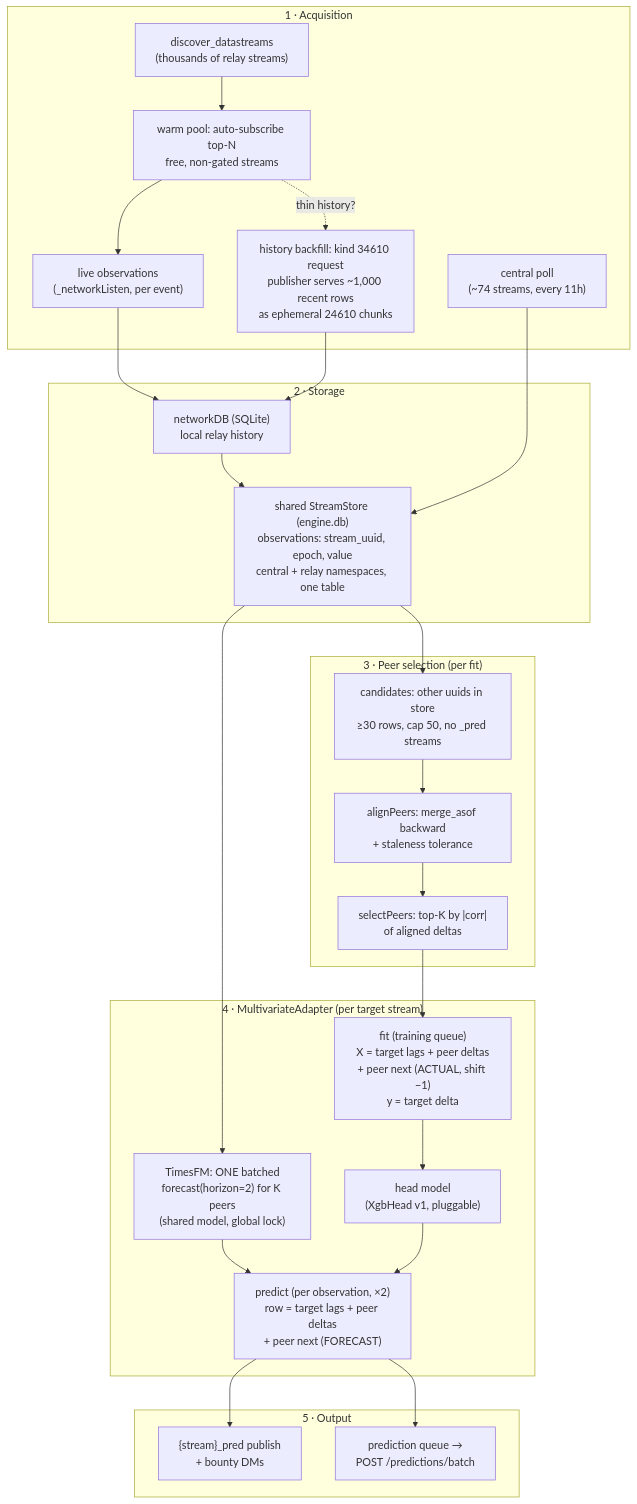
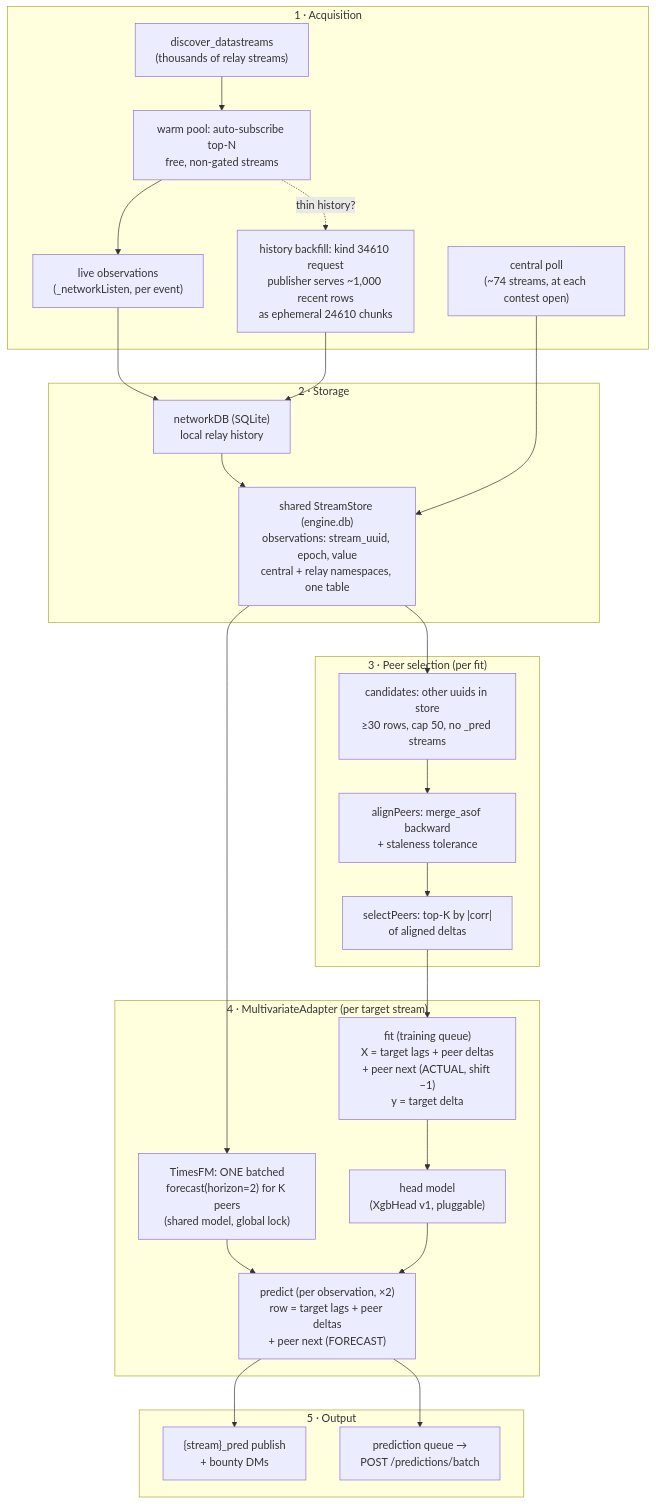
One commit to SatoriNetwork/satori-lite changed the diagram in docs/engine/MULTIVARIATE.md. Above: the diagram before and after it, drawn with Mermaid. The commit also changed other lines of this file and 5 other files, not shown here.

First line of the commit message:
poll and predict at each contest open, not every 11 hours: Central's contests count a prediction only if Central receives it within an hour of its open (the owner's 2026-11-27 design)

````diff
--- a/docs/engine/MULTIVARIATE.md
+++ b/docs/engine/MULTIVARIATE.md
@@ -249,46 +249,46 @@
 ```mermaid
 flowchart TB
     subgraph ACQ["1 · Acquisition"]
         DISC["discover_datastreams<br/>(thousands of relay streams)"]
         WARM["warm pool: auto-subscribe top-N<br/>free, non-gated streams"]
         LIVE["live observations<br/>(_networkListen, per event)"]
         HIST["history backfill: kind 34610 request<br/>publisher serves ~1,000 recent rows<br/>as ephemeral 24610 chunks"]
-        CPOLL["central poll<br/>(~74 streams, every 11h)"]
+        CPOLL["central poll<br/>(~74 streams, at each contest open)"]
         DISC --> WARM
         WARM --> LIVE
         WARM -. "thin history?" .-> HIST
     end
 
     subgraph STORAGE["2 · Storage"]
         NDB["networkDB (SQLite)<br/>local relay history"]
         SS["shared StreamStore (engine.db)<br/>observations: stream_uuid, epoch, value<br/>central + relay namespaces, one table"]
         LIVE --> NDB
         HIST --> NDB
         NDB --> SS
         CPOLL --> SS
     end
 
     subgraph SELECT["3 · Peer selection (per fit)"]
         CAND["candidates: other uuids in store<br/>≥30 rows, cap 50, no _pred streams"]
         ALIGN["alignPeers: merge_asof backward<br/>+ staleness tolerance"]
         CORR["selectPeers: top-K by |corr|<br/>of aligned deltas"]
         SS --> CAND --> ALIGN --> CORR
     end
 
     subgraph MODEL["4 · MultivariateAdapter (per target stream)"]
         FIT["fit (training queue)<br/>X = target lags + peer deltas<br/>+ peer next (ACTUAL, shift −1)<br/>y = target delta"]
         HEAD["head model<br/>(XgbHead v1, pluggable)"]
         TFM["TimesFM: ONE batched<br/>forecast(horizon=2) for K peers<br/>(shared model, global lock)"]
         PRED["predict (per observation, ×2)<br/>row = target lags + peer deltas<br/>+ peer next (FORECAST)"]
         CORR --> FIT --> HEAD
         SS --> TFM --> PRED
         HEAD --> PRED
     end
 
     subgraph OUT["5 · Output"]
         REL["{stream}_pred publish<br/>+ bounty DMs"]
         CEN["prediction queue →<br/>POST /predictions/batch"]
         PRED --> REL
         PRED --> CEN
     end
 ```
````
